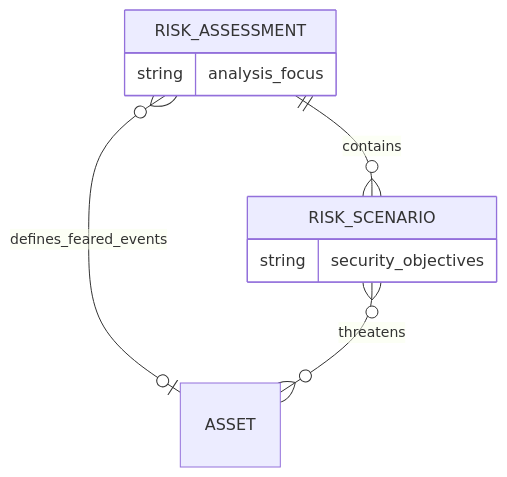
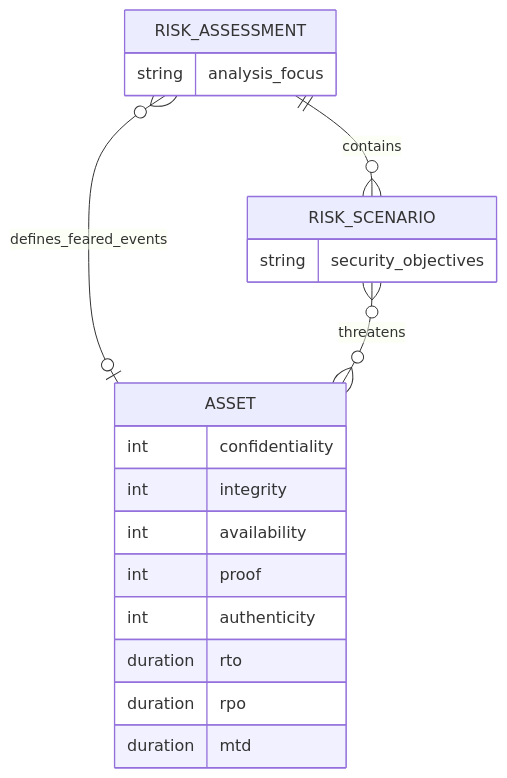
One commit to intuitem/ciso-assistant-community changed the tenth of 10 diagrams in documentation/architecture/data-model.md. Above: the diagram before and after it, drawn with Mermaid. The commit also changed other lines of this file, not shown here.

````diff
--- a/documentation/architecture/data-model.md
+++ b/documentation/architecture/data-model.md
@@ -1375,16 +1398,28 @@
 ```mermaid
 erDiagram
 
     RISK_ASSESSMENT       }o--o| ASSET                 : defines_feared_events
     RISK_SCENARIO         }o--o{ ASSET                 : threatens
     RISK_ASSESSMENT       ||--o{ RISK_SCENARIO         : contains
 
     RISK_SCENARIO {
         string     security_objectives
     }
     
     RISK_ASSESSMENT {
         string     analysis_focus
     }
 
+    ASSET {
+        int      confidentiality
+        int      integrity
+        int      availability
+        int      proof
+        int      authenticity
+        duration rto
+        duration rpo
+        duration mtd
+    }
+
+
 ```
````
